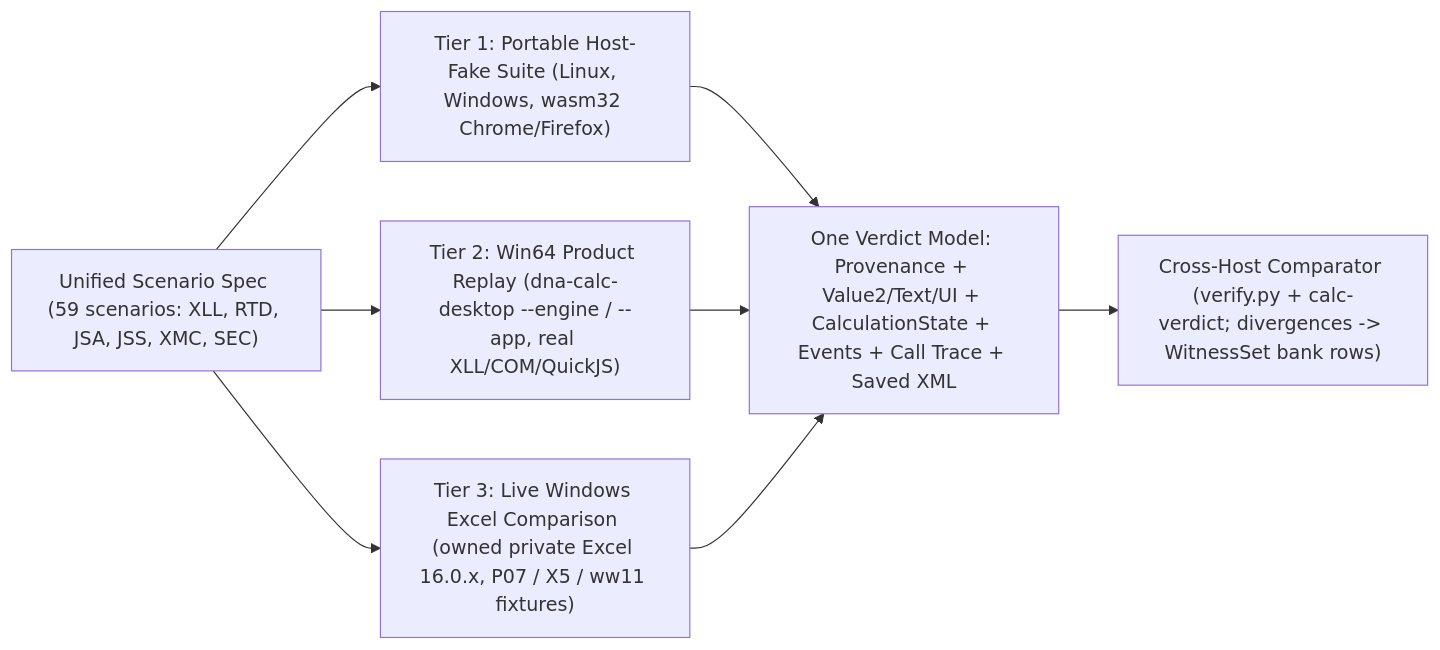
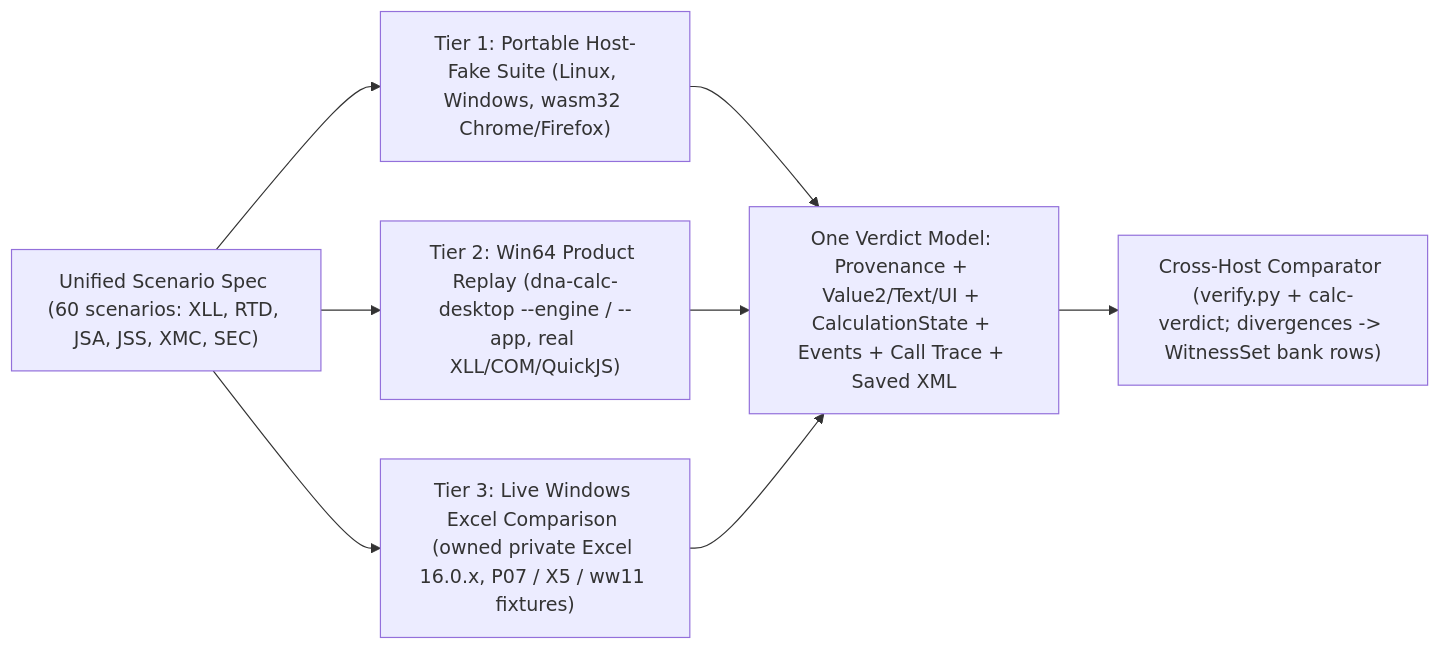
One commit to DnaCalc/DnaCalc changed the diagram in docs/architecture/ASYNC_PARITY_TEST_SUITE.md. Above: the diagram before and after it, drawn with Mermaid. The commit also changed other lines of this file and 2 other files, not shown here.

````diff
--- a/docs/architecture/ASYNC_PARITY_TEST_SUITE.md
+++ b/docs/architecture/ASYNC_PARITY_TEST_SUITE.md
@@ -25,12 +25,12 @@
 ```mermaid
 flowchart LR
-    SPEC["Unified Scenario Spec (59 scenarios: XLL, RTD, JSA, JSS, XMC, SEC)"]
+    SPEC["Unified Scenario Spec (60 scenarios: XLL, RTD, JSA, JSS, XMC, SEC)"]
     SPEC --> T1["Tier 1: Portable Host-Fake Suite (Linux, Windows, wasm32 Chrome/Firefox)"]
     SPEC --> T2["Tier 2: Win64 Product Replay (dna-calc-desktop --engine / --app, real XLL/COM/QuickJS)"]
     SPEC --> T3["Tier 3: Live Windows Excel Comparison (owned private Excel 16.0.x, P07 / X5 / ww11 fixtures)"]
 
     T1 --> V["One Verdict Model: Provenance + Value2/Text/UI + CalculationState + Events + Call Trace + Saved XML"]
     T2 --> V
     T3 --> V
     V --> DIFF["Cross-Host Comparator (verify.py + calc-verdict; divergences -> WitnessSet bank rows)"]
 ```
````
